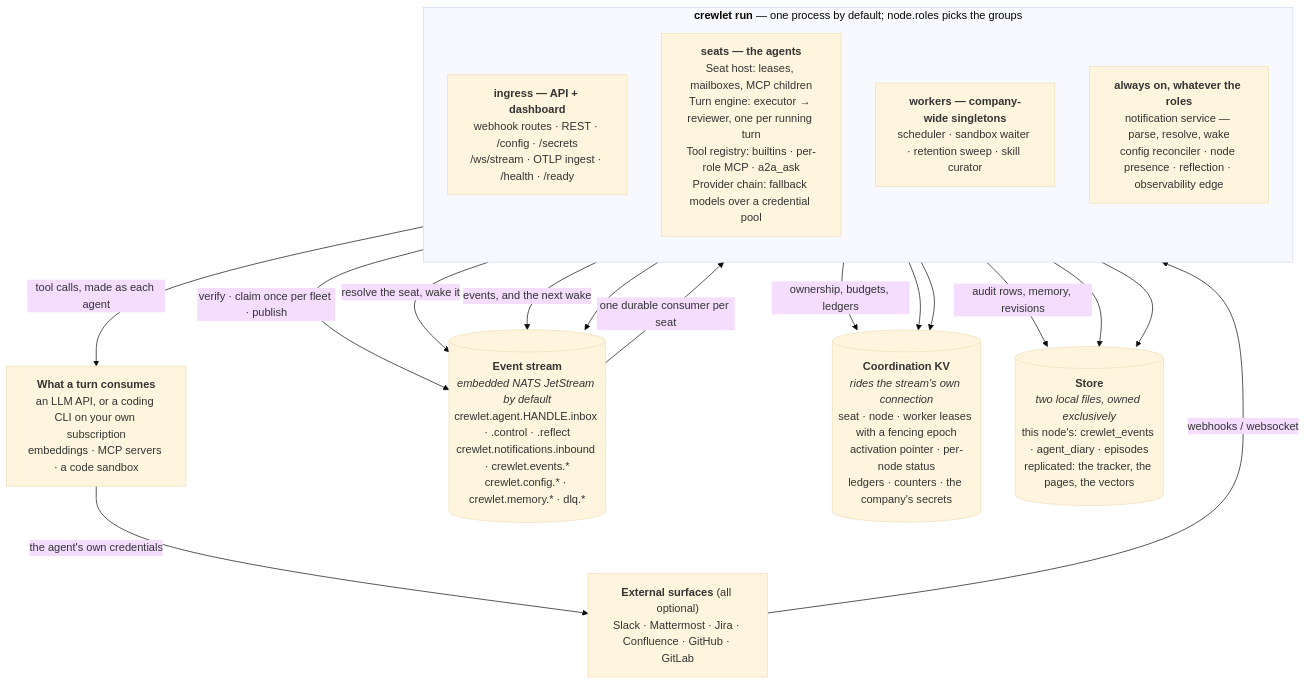
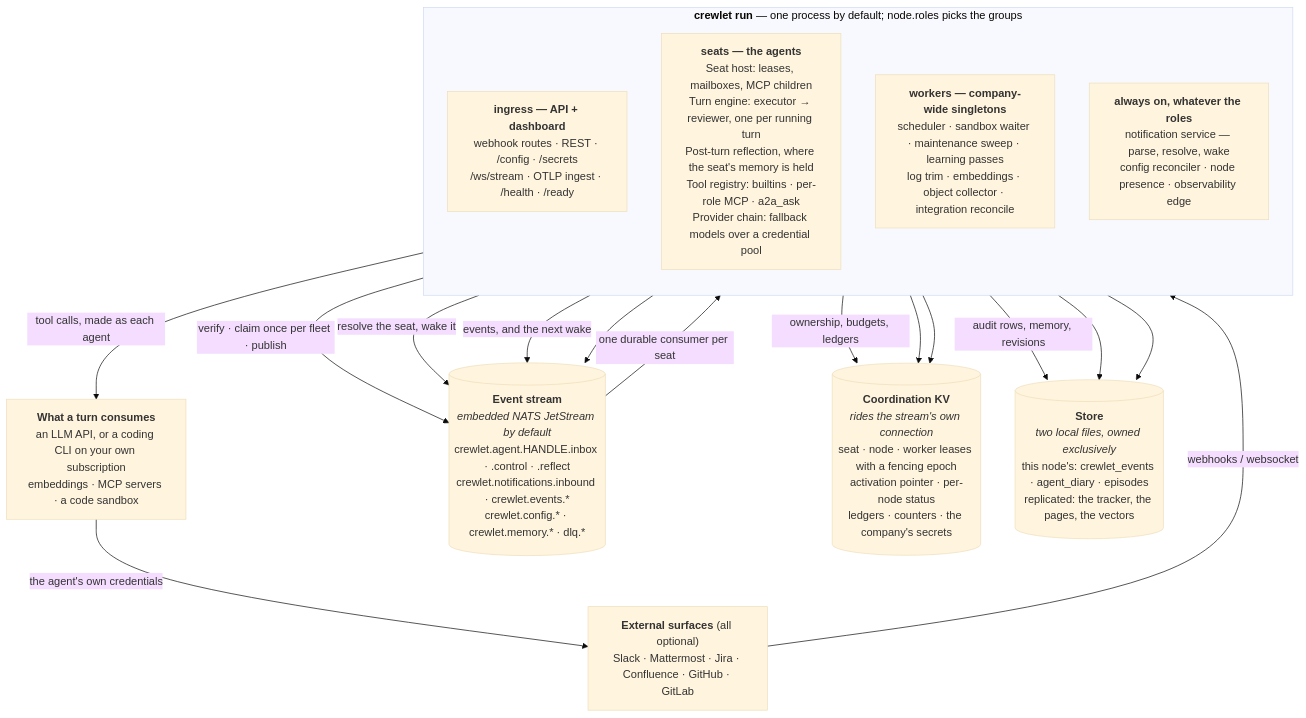
One commit to crewlet/crewlet changed the diagram in docs/concepts/overview.md. Above: the diagram before and after it, drawn with Mermaid (base theme). The commit also changed 4 other files, not shown here.

````diff
--- a/docs/concepts/overview.md
+++ b/docs/concepts/overview.md
@@ -56,32 +56,32 @@
 ```mermaid
 flowchart TB
     EXT["<b>External surfaces</b> (all optional)<br/>Slack · Mattermost · Jira · Confluence · GitHub · GitLab"]
     SUPPLY["<b>What a turn consumes</b><br/>an LLM API, or a coding CLI on your own subscription<br/>embeddings · MCP servers · a code sandbox"]
 
     subgraph proc["<b>crewlet run</b> — one process by default; node.roles picks the groups"]
         direction TB
         API["<b>ingress — API + dashboard</b><br/>webhook routes · REST · /config · /secrets<br/>/ws/stream · OTLP ingest · /health · /ready"]
-        SEAT["<b>seats — the agents</b><br/>Seat host: leases, mailboxes, MCP children<br/>Turn engine: executor → reviewer, one per running turn<br/>Tool registry: builtins · per-role MCP · a2a_ask<br/>Provider chain: fallback models over a credential pool"]
-        DUTY["<b>workers — company-wide singletons</b><br/>scheduler · sandbox waiter · retention sweep · skill curator"]
-        CORE["<b>always on, whatever the roles</b><br/>notification service — parse, resolve, wake<br/>config reconciler · node presence · reflection · observability edge"]
+        SEAT["<b>seats — the agents</b><br/>Seat host: leases, mailboxes, MCP children<br/>Turn engine: executor → reviewer, one per running turn<br/>Post-turn reflection, where the seat's memory is held<br/>Tool registry: builtins · per-role MCP · a2a_ask<br/>Provider chain: fallback models over a credential pool"]
+        DUTY["<b>workers — company-wide singletons</b><br/>scheduler · sandbox waiter · maintenance sweep · learning passes<br/>log trim · embeddings · object collector · integration reconcile"]
+        CORE["<b>always on, whatever the roles</b><br/>notification service — parse, resolve, wake<br/>config reconciler · node presence · observability edge"]
     end
 
     STREAM[("<b>Event stream</b><br/><i>embedded NATS JetStream by default</i><br/>crewlet.agent.HANDLE.inbox · .control · .reflect<br/>crewlet.notifications.inbound · crewlet.events.*<br/>crewlet.config.* · crewlet.memory.* · dlq.*")]
     KV[("<b>Coordination KV</b><br/><i>rides the stream's own connection</i><br/>seat · node · worker leases with a fencing epoch<br/>activation pointer · per-node status<br/>ledgers · counters · the company's secrets")]
     DB[("<b>Store</b><br/><i>two local files, owned exclusively</i><br/>this node's: crewlet_events · agent_diary · episodes<br/>replicated: the tracker, the pages, the vectors")]
 
     EXT -->|"webhooks / websocket"| API
     API -->|"verify · claim once per fleet · publish"| STREAM
     CORE -->|"resolve the seat, wake it"| STREAM
     STREAM -->|"one durable consumer per seat"| SEAT
     SEAT -->|"tool calls, made as each agent"| SUPPLY
     SUPPLY -->|"the agent's own credentials"| EXT
     SEAT -->|"events, and the next wake"| STREAM
     DUTY --> STREAM
     SEAT -->|"ownership, budgets, ledgers"| KV
     CORE --> KV
     DUTY --> KV
     SEAT -->|"audit rows, memory, revisions"| DB
     CORE --> DB
     API --> DB
 ```
````
